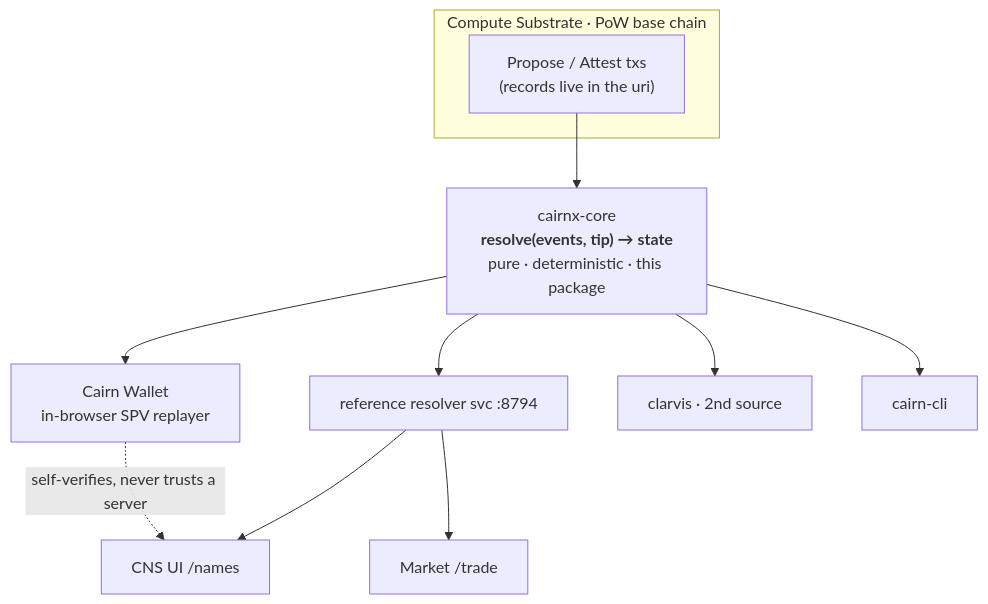
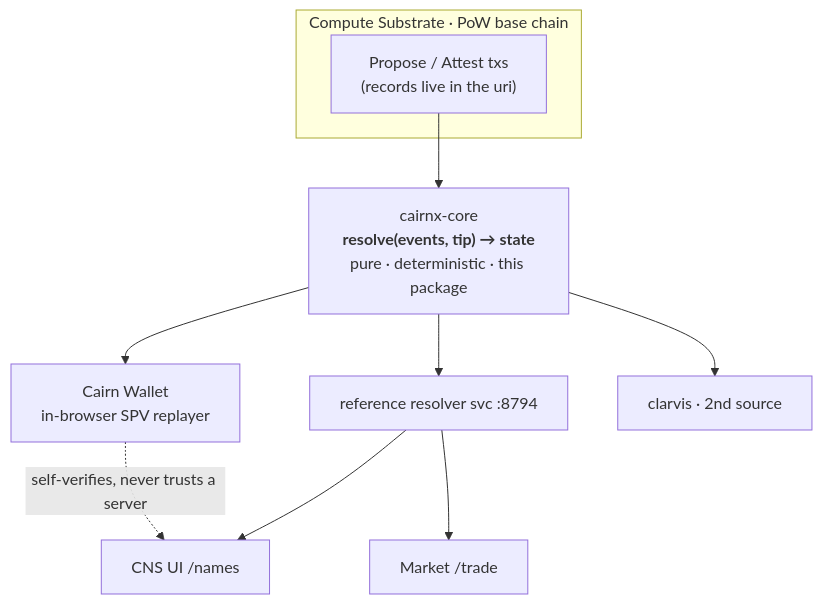
Before and after one commit to InverseAltruism/csd-sdk: the first of 4 diagrams in packages/cairnx/README.md, drawn with Mermaid. The commit also changed other lines of this file and 1 other file, not shown here.

First line of the commit message:
cairnx-core README: the current eras, not superseded ones (C-A2-10, rider C-B2-03)

````diff
--- a/packages/cairnx/README.md
+++ b/packages/cairnx/README.md
@@ -59,17 +59,16 @@
 ```mermaid
 flowchart TD
   subgraph BASE["Compute Substrate · PoW base chain"]
     TX["Propose / Attest txs<br/>(records live in the uri)"]
   end
   CORE["cairnx-core<br/><b>resolve(events, tip) → state</b><br/>pure · deterministic · this package"]
   W["Cairn Wallet<br/>in-browser SPV replayer"]
   G["reference resolver svc :8794"]
   CL["clarvis · 2nd source"]
-  CLI["cairn-cli"]
   UIN["CNS UI /names"]
   UIT["Market /trade"]
   TX --> CORE
-  CORE --> W & G & CL & CLI
+  CORE --> W & G & CL
   G --> UIN & UIT
   W -. "self-verifies, never trusts a server" .-> UIN
 ```
````
